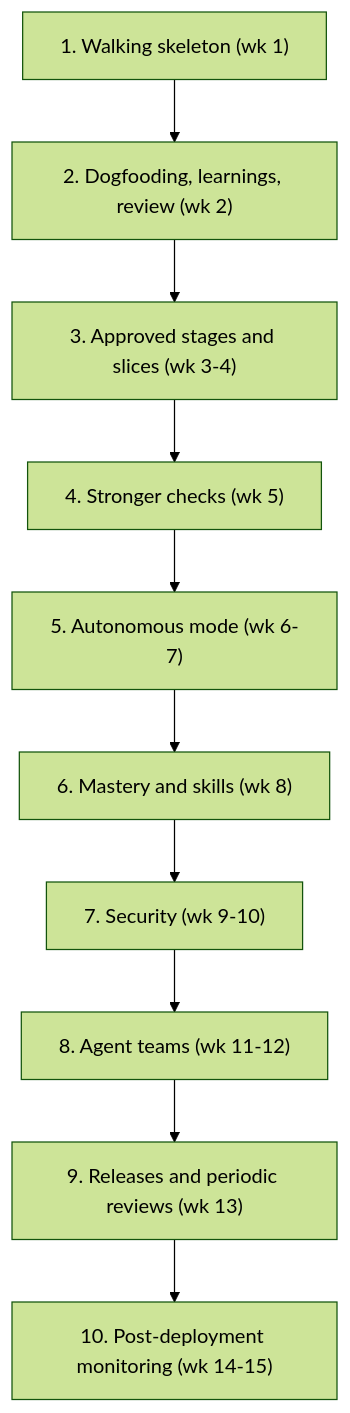
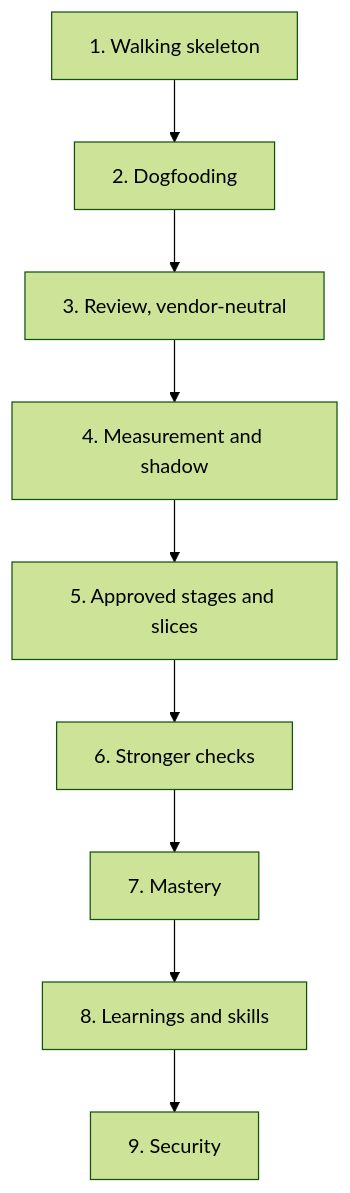
Before and after one commit to plaplanche/ariane: the second of 2 diagrams in docs/spec.md, drawn with Mermaid (forest theme). The commit also changed other lines of this file and 16 other files, not shown here.

````diff
--- a/docs/spec.md
+++ b/docs/spec.md
@@ -331,5 +358,5 @@
 ```mermaid
 flowchart TB
-  S1["1. Walking skeleton (wk 1)"] --> S2["2. Dogfooding, learnings, review (wk 2)"] --> S3["3. Approved stages and slices (wk 3-4)"] --> S4["4. Stronger checks (wk 5)"] --> S5["5. Autonomous mode (wk 6-7)"]
-  S5 --> S6["6. Mastery and skills (wk 8)"] --> S7["7. Security (wk 9-10)"] --> S8["8. Agent teams (wk 11-12)"] --> S9["9. Releases and periodic reviews (wk 13)"] --> S10["10. Post-deployment monitoring (wk 14-15)"]
+  S1["1. Walking skeleton"] --> S2["2. Dogfooding"] --> S3["3. Review, vendor-neutral"] --> S4["4. Measurement and shadow"]
+  S4 --> S5["5. Approved stages and slices"] --> S6["6. Stronger checks"] --> S7["7. Mastery"] --> S8["8. Learnings and skills"] --> S9["9. Security"]
 ```
````
